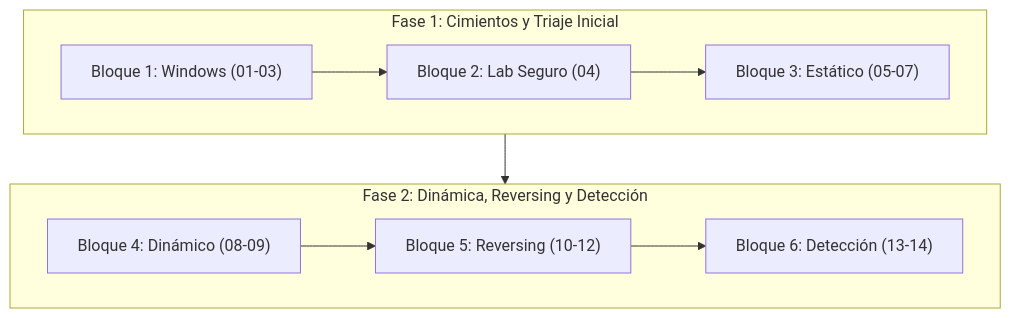
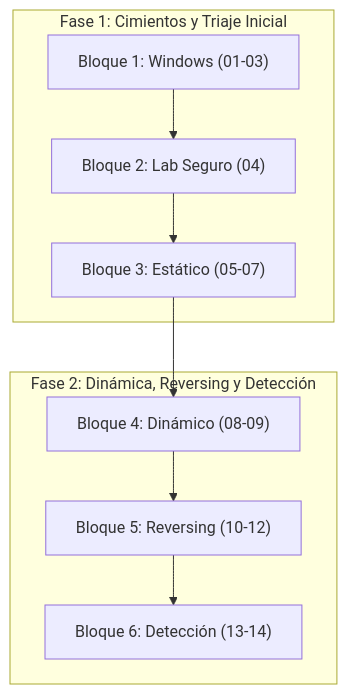
One commit to purpesec/Cybersecurity-For-Beginners changed the second of 2 diagrams in malware-analysis/README.md. Above: the diagram before and after it, drawn with Mermaid. The commit also changed other lines of this file and 8 other files, not shown here.

Commit message:
fix(malware-analysis): corregir sintaxis de diagramas Mermaid para compatibilidad estricta con renderizador de GitHub

````diff
--- a/malware-analysis/README.md
+++ b/malware-analysis/README.md
@@ -25,14 +27,12 @@
 ```mermaid
 flowchart TD
     subgraph F1["Fase 1: Cimientos y Triaje Inicial"]
-        direction LR
         B1["Bloque 1: Windows (01-03)"] --> B2["Bloque 2: Lab Seguro (04)"] --> B3["Bloque 3: Estático (05-07)"]
     end
 
     subgraph F2["Fase 2: Dinámica, Reversing y Detección"]
-        direction LR
         B4["Bloque 4: Dinámico (08-09)"] --> B5["Bloque 5: Reversing (10-12)"] --> B6["Bloque 6: Detección (13-14)"]
     end
 
-    F1 --> F2
+    B3 --> B4
 ```
````
